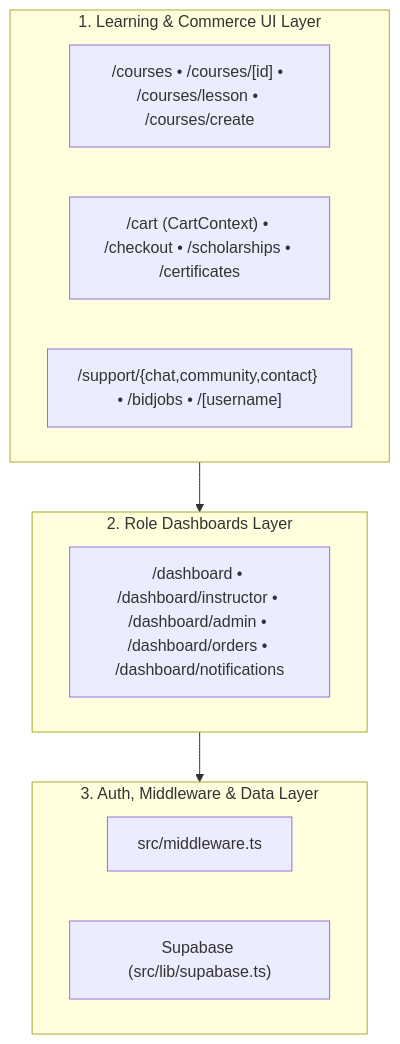
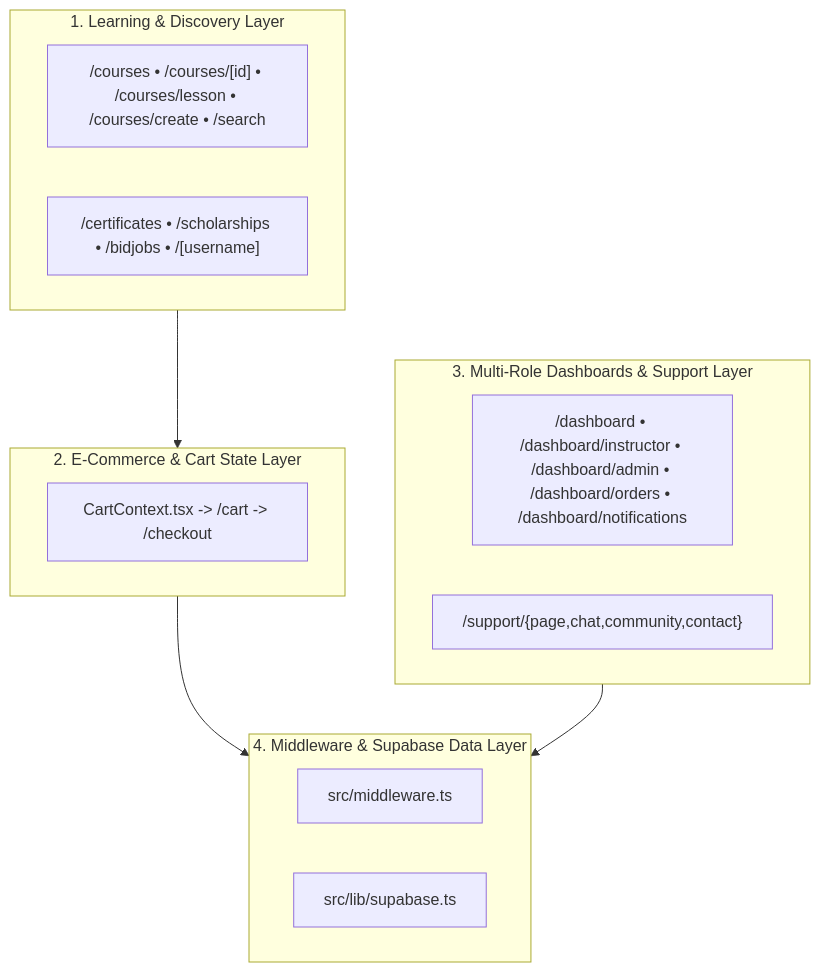
One commit to islamsamyy/faireer changed the diagram in README.md. Above: the diagram before and after it, drawn with Mermaid. The commit also changed other lines of this file, not shown here.

Commit message:
docs: add ultra-detailed architecture, schemas, visual showcase, APIs, and business ROI

````diff
--- a/README.md
+++ b/README.md
@@ -14,19 +34,24 @@
 ```mermaid
 flowchart TB
-    subgraph L1["1. Learning & Commerce UI Layer"]
-        Courses["/courses • /courses/[id] • /courses/lesson • /courses/create"]
-        Commerce["/cart (CartContext) • /checkout • /scholarships • /certificates"]
-        Community["/support/{chat,community,contact} • /bidjobs • /[username]"]
+    subgraph L1["1. Learning & Discovery Layer"]
+        Courses["/courses • /courses/[id] • /courses/lesson • /courses/create • /search"]
+        Creds["/certificates • /scholarships • /bidjobs • /[username]"]
     end
 
-    subgraph L2["2. Role Dashboards Layer"]
-        Dash["/dashboard • /dashboard/instructor • /dashboard/admin • /dashboard/orders • /dashboard/notifications"]
+    subgraph L2["2. E-Commerce & Cart State Layer"]
+        Cart["CartContext.tsx -> /cart -> /checkout"]
     end
 
-    subgraph L3["3. Auth, Middleware & Data Layer"]
-        MW["src/middleware.ts"]
-        Supa["Supabase (src/lib/supabase.ts)"]
+    subgraph L3["3. Multi-Role Dashboards & Support Layer"]
+        Dash["/dashboard • /dashboard/instructor • /dashboard/admin • /dashboard/orders • /dashboard/notifications"]
+        Sup["/support/{page,chat,community,contact}"]
     end
 
-    L1 --> L2 --> L3
+    subgraph L4["4. Middleware & Supabase Data Layer"]
+        MW["src/middleware.ts"]
+        Supa["src/lib/supabase.ts"]
+    end
+
+    L1 --> L2 --> L4
+    L3 --> L4
 ```
````
